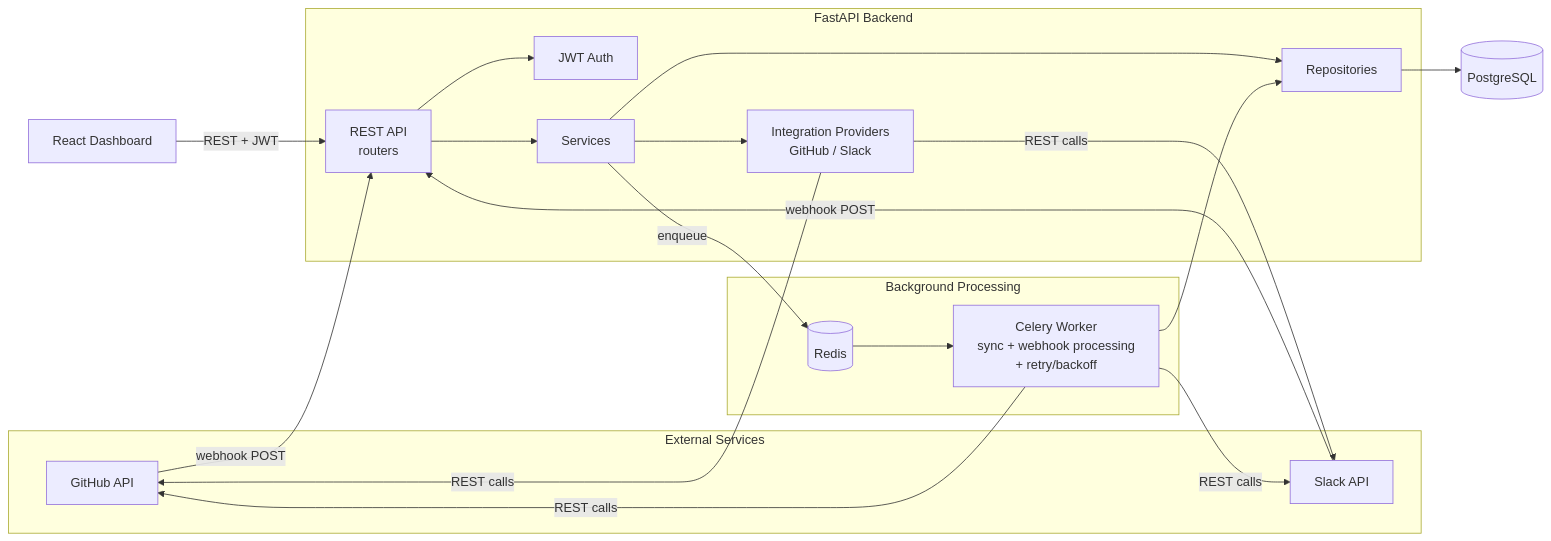
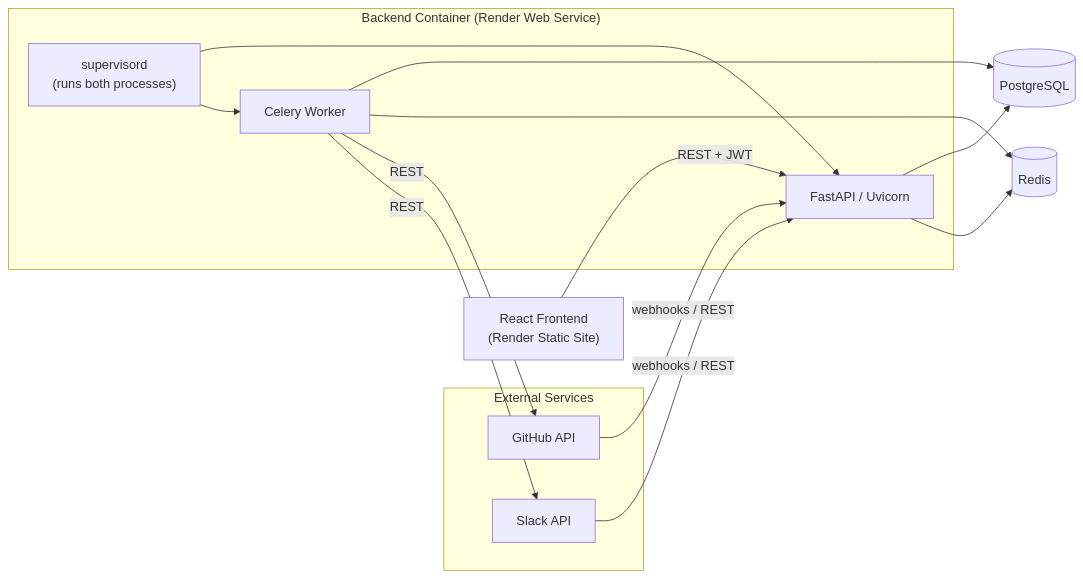
One commit to lakshay-gahlawat/integration-hub changed the diagram in README.md. Above: the diagram before and after it, drawn with Mermaid. The commit also changed other lines of this file, not shown here.

````diff
--- a/README.md
+++ b/README.md
@@ -28,39 +52,30 @@
 ```mermaid
 flowchart LR
     subgraph External["External Services"]
         GH[GitHub API]
         SL[Slack API]
     end
 
-    subgraph Backend["FastAPI Backend"]
-        API[REST API<br/>routers]
-        AUTH[JWT Auth]
-        SVC[Services]
-        PROV[Integration Providers<br/>GitHub / Slack]
-        REPO[Repositories]
-    end
+    FE["React Frontend\n(Render Static Site)"]
 
-    subgraph Async["Background Processing"]
-        REDIS[(Redis)]
-        WORKER[Celery Worker<br/>sync + webhook processing<br/>+ retry/backoff]
+    subgraph API["Backend Container (Render Web Service)"]
+        UVI["FastAPI / Uvicorn"]
+        CEL["Celery Worker"]
+        SUP["supervisord\n(runs both processes)"]
+        SUP --> UVI
+        SUP --> CEL
     end
 
     DB[(PostgreSQL)]
-    FE[React Dashboard]
+    RD[(Redis)]
 
-    GH -- "webhook POST" --> API
-    SL -- "webhook POST" --> API
-    FE -- "REST + JWT" --> API
-    API --> AUTH
-    API --> SVC
-    SVC --> PROV
-    SVC --> REPO
-    REPO --> DB
-    PROV -- "REST calls" --> GH
-    PROV -- "REST calls" --> SL
-    SVC -- "enqueue" --> REDIS
-    REDIS --> WORKER
-    WORKER --> REPO
-    WORKER -- "REST calls" --> GH
-    WORKER -- "REST calls" --> SL
+    GH -- webhooks / REST --> UVI
+    SL -- webhooks / REST --> UVI
+    FE -- REST + JWT --> UVI
+    UVI --> DB
+    UVI --> RD
+    CEL --> DB
+    CEL --> RD
+    CEL -- REST --> GH
+    CEL -- REST --> SL
 ```
````
